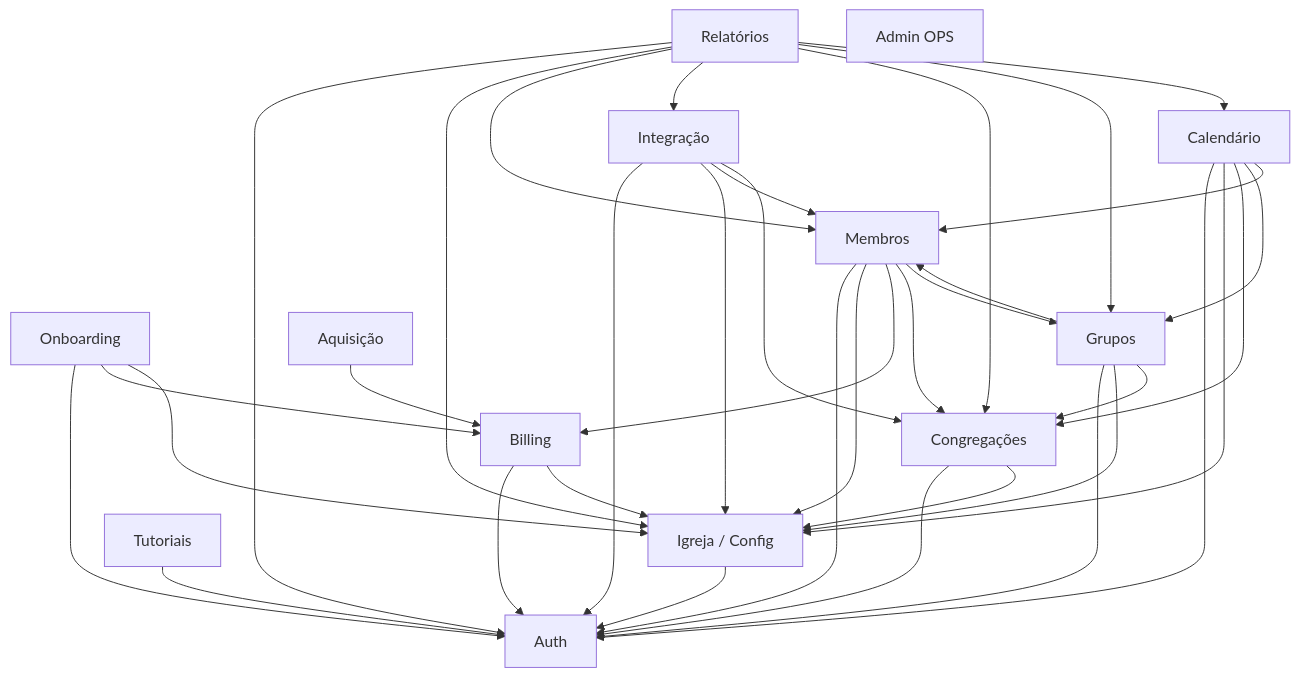
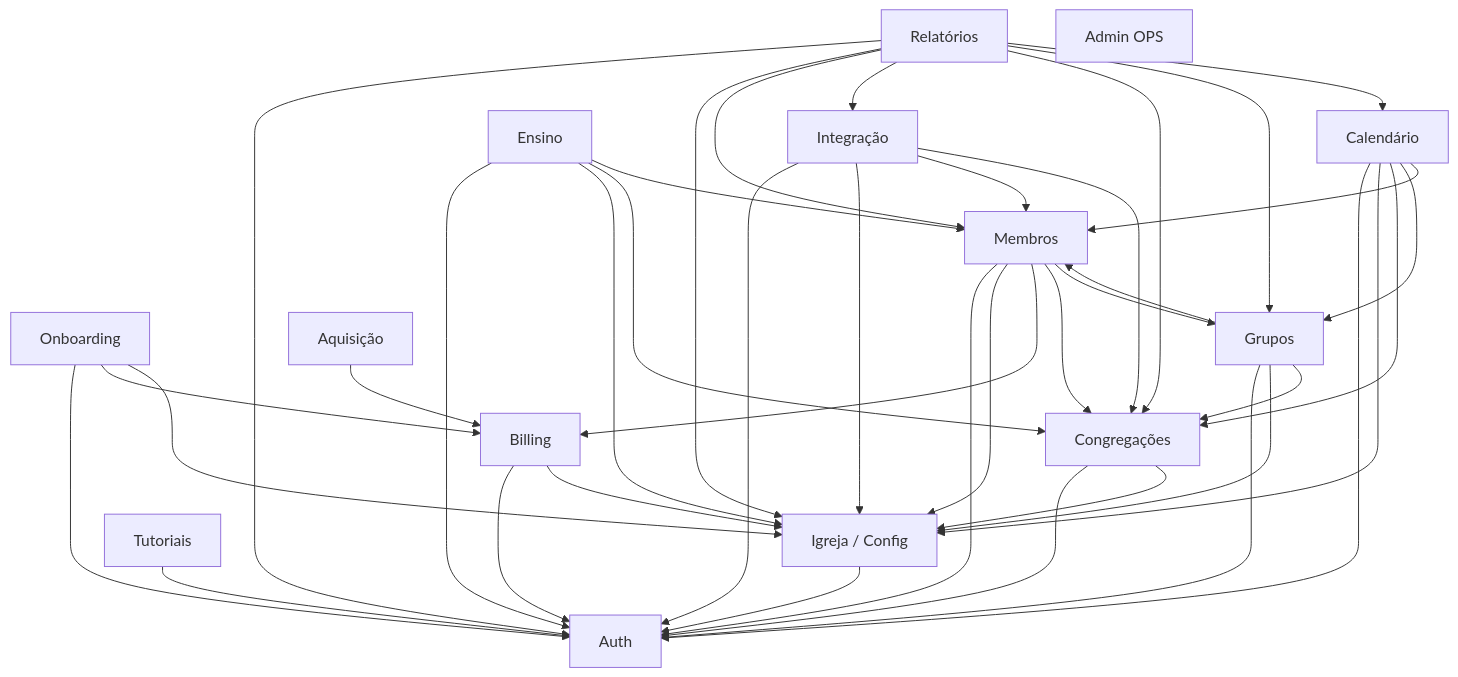
One commit to vinic-asouza/flock changed the diagram in docs/04_modulos/1-index.md. Above: the diagram before and after it, drawn with Mermaid. The commit also changed other lines of this file and 9 other files, not shown here.

First line of the commit message:
docs(ensino): document Teaching module and BR-ENS

````diff
--- a/docs/04_modulos/1-index.md
+++ b/docs/04_modulos/1-index.md
@@ -31,60 +31,66 @@
 ```mermaid
 graph TD
   AUTH[Auth]
   ONB[Onboarding]
   MEM[Membros]
   INT[Integração]
   CON[Congregações]
   GRP[Grupos]
+  ENS[Ensino]
   CAL[Calendário]
   REL[Relatórios]
   CFG[Igreja / Config]
   BILL[Billing]
   ACQ[Aquisição]
   TUT[Tutoriais]
   OPS[Admin OPS]
 
   ONB --> AUTH
   ONB --> BILL
   ONB --> CFG
 
   MEM --> AUTH
   MEM --> CFG
   MEM --> BILL
   MEM --> CON
   MEM --> GRP
 
   INT --> AUTH
   INT --> CFG
   INT --> MEM
   INT --> CON
 
   CON --> AUTH
   CON --> CFG
 
   GRP --> AUTH
   GRP --> CFG
   GRP --> CON
   GRP --> MEM
 
+  ENS --> AUTH
+  ENS --> CFG
+  ENS --> CON
+  ENS --> MEM
+
   CAL --> AUTH
   CAL --> CFG
   CAL --> CON
   CAL --> GRP
   CAL --> MEM
 
   REL --> AUTH
   REL --> CFG
   REL --> MEM
   REL --> INT
   REL --> CON
   REL --> GRP
   REL --> CAL
 
   CFG --> AUTH
   BILL --> AUTH
   BILL --> CFG
 
   ACQ --> BILL
   TUT --> AUTH
 ```
````
